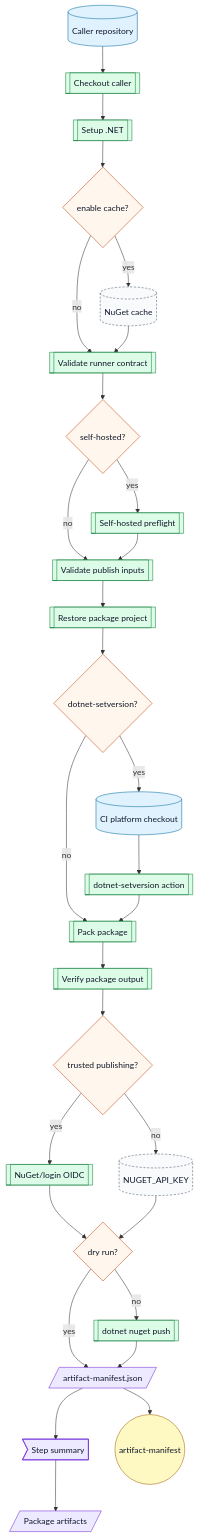
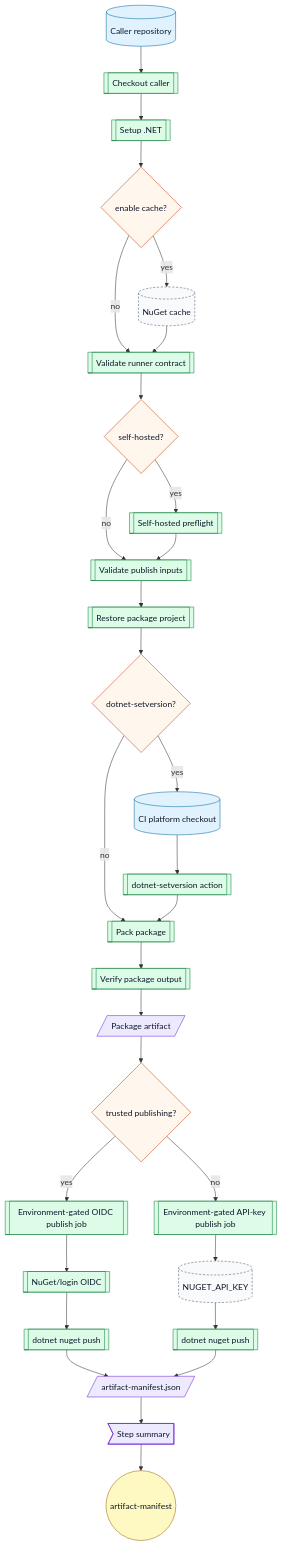
One commit to ArkanisCorporation/ci changed the tenth of 15 diagrams in docs/workflow-catalog.md. Above: the diagram before and after it, drawn with Mermaid. The commit also changed other lines of this file and 19 other files, not shown here.

````diff
--- a/docs/workflow-catalog.md
+++ b/docs/workflow-catalog.md
@@ -844,43 +1061,44 @@
 ```mermaid
 flowchart TD
   caller[("Caller repository")] --> checkout[[Checkout caller]]
   checkout --> dotnet[[Setup .NET]]
   dotnet --> cache{enable cache?}
   cache -->|yes| nugetCache[("NuGet cache")]
   cache -->|no| validate[[Validate runner contract]]
   nugetCache --> validate
   validate --> preflight{self-hosted?}
   preflight -->|yes| sh[[Self-hosted preflight]]
   preflight -->|no| inputs[[Validate publish inputs]]
   sh --> inputs
   inputs --> restore[[Restore package project]]
   restore --> stamp{dotnet-setversion?}
   stamp -->|yes| platform[("CI platform checkout")]
   platform --> setversion[[dotnet-setversion action]]
   stamp -->|no| pack[[Pack package]]
   setversion --> pack
   pack --> verify[[Verify package output]]
-  verify --> auth{trusted publishing?}
-  auth -->|yes| oidc[[NuGet/login OIDC]]
-  auth -->|no| apiKey[("NUGET_API_KEY")]
-  oidc --> publish{dry run?}
-  apiKey --> publish
-  publish -->|no| push[[dotnet nuget push]]
-  publish -->|yes| manifest[/artifact-manifest.json/]
-  push --> manifest
+  verify --> packageArtifact[/Package artifact/]
+  packageArtifact --> auth{trusted publishing?}
+  auth -->|yes| envOidc[["Environment-gated OIDC publish job"]]
+  auth -->|no| envApi[["Environment-gated API-key publish job"]]
+  envOidc --> oidc[[NuGet/login OIDC]]
+  oidc --> trustedPush[[dotnet nuget push]]
+  envApi --> apiKey[("NUGET_API_KEY")]
+  apiKey --> keyPush[[dotnet nuget push]]
+  trustedPush --> manifest[/artifact-manifest.json/]
+  keyPush --> manifest
   manifest --> summary>Step summary]
-  summary --> packages[/Package artifacts/]
-  manifest --> outputs(("artifact-manifest"))
+  summary --> outputs(("artifact-manifest"))
   classDef repo fill:#e0f2fe,stroke:#0369a1,color:#0f172a
   classDef action fill:#dcfce7,stroke:#15803d,color:#0f172a
   classDef decision fill:#fff7ed,stroke:#c2410c,color:#0f172a
   classDef artifact fill:#ede9fe,stroke:#6d28d9,color:#0f172a
   classDef output fill:#fef9c3,stroke:#a16207,color:#0f172a
   classDef external fill:#f8fafc,stroke:#475569,stroke-dasharray: 4 3,color:#0f172a
   class caller,platform repo
-  class checkout,dotnet,validate,sh,inputs,restore,setversion,pack,verify,oidc,push action
-  class cache,preflight,stamp,auth,publish decision
-  class manifest,summary,packages artifact
+  class checkout,dotnet,validate,sh,inputs,restore,setversion,pack,verify,envOidc,envApi,oidc,trustedPush,keyPush action
+  class cache,preflight,stamp,auth decision
+  class packageArtifact,manifest,summary artifact
   class outputs output
   class nugetCache,apiKey external
 ```
````
